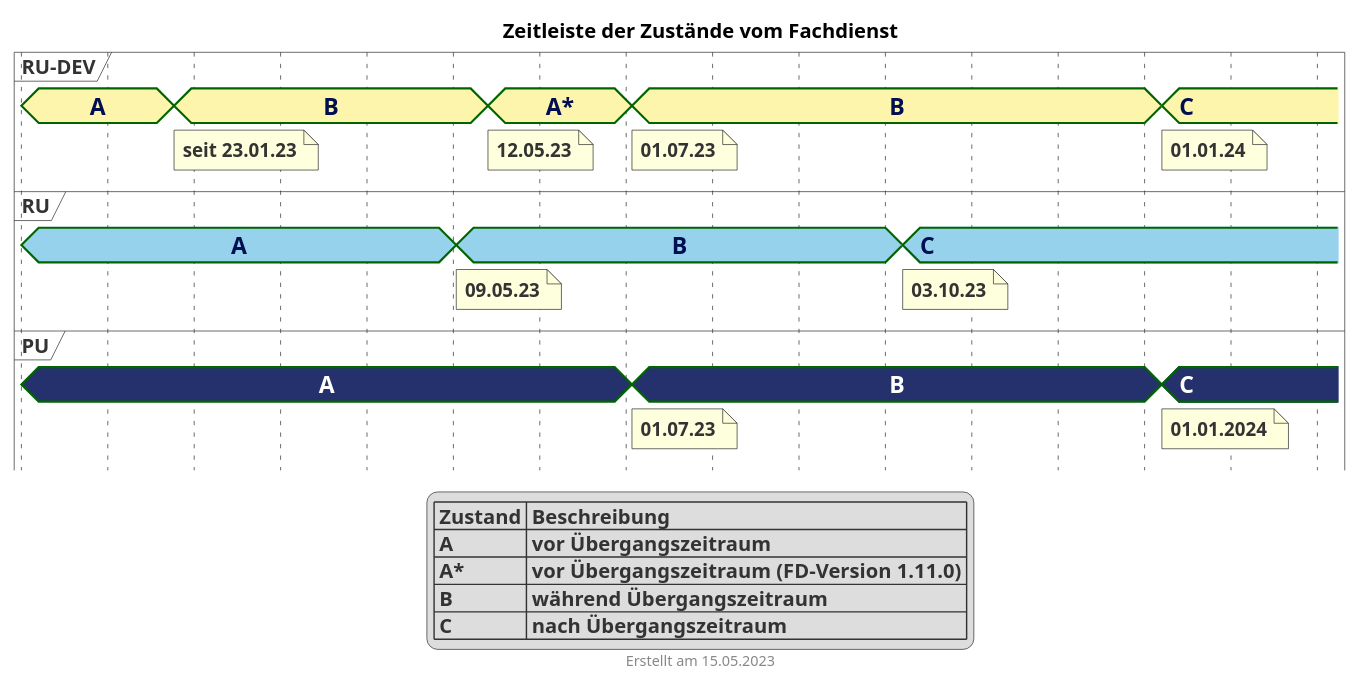
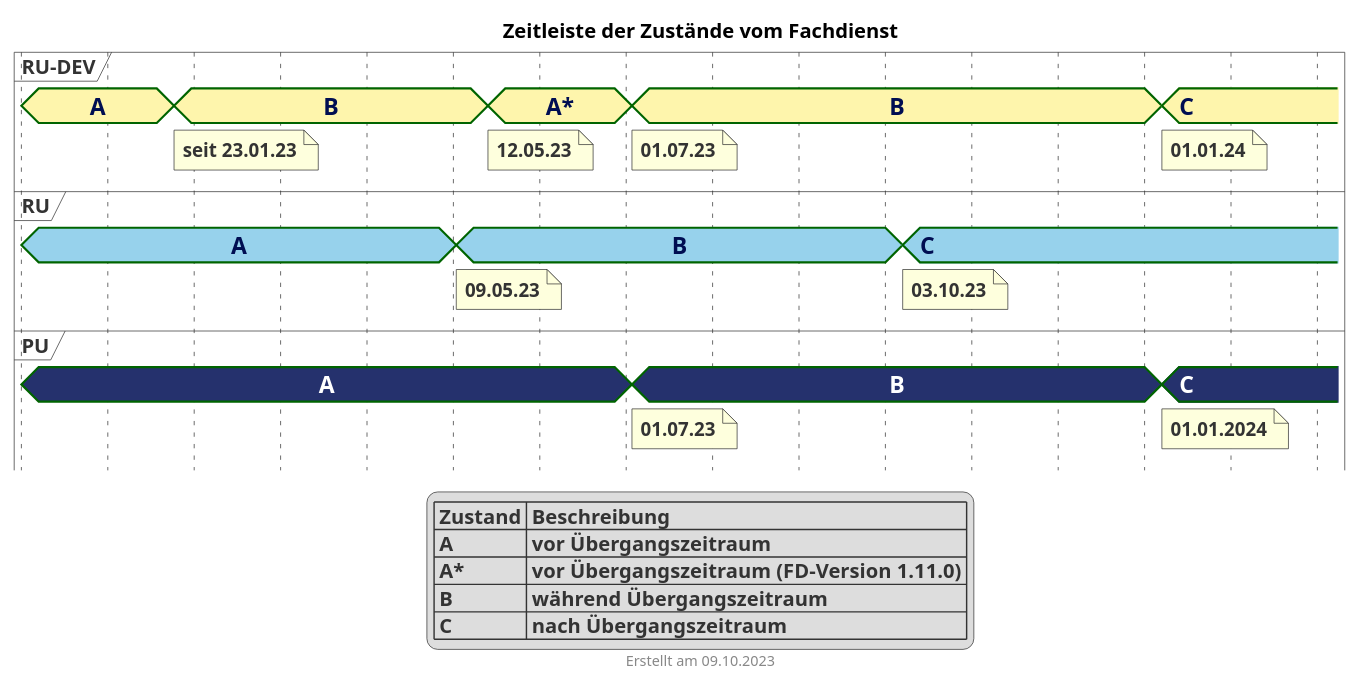
One commit to gematik/api-erp changed the diagram in puml/fd_zustaende_timeline.puml. Above: the diagram before and after it, drawn with PlantUML. The commit also changed 1 other file, not shown here.

```diff
--- a/puml/fd_zustaende_timeline.puml
+++ b/puml/fd_zustaende_timeline.puml
@@ -1,85 +1,85 @@
 @startuml fhir_version_timeline
 <style>
 root {
     Margin 0 0 0 30
 }
 
 timingDiagram {
   .rudevcolor {
     FontColor #000e52
     Fontsize 16
     FontStyle bold
     Backgroundcolor #FEF5AC
   }
   .rucolor {
     FontColor #000e52
     Fontsize 16
     FontStyle bold
     Backgroundcolor #97D2EC
   }
   .pucolor {
     FontColor #ffffff
     Fontsize 16
     FontStyle bold
     BackgroundColor #25316D
   }
 }
 </style>
 title Zeitleiste der Zustände vom Fachdienst
-footer Erstellt am 15.05.2023
+footer Erstellt am 09.10.2023
 
 concise "RU-DEV" as RUDEV <<rudevcolor>>
 concise "RU" as RU <<rucolor>>
 concise "PU" as PU <<pucolor>>
 
 
 '30 days is scaled to 50 pixels
 scale 2592000 as 60 pixels
 hide time-axis
 'manual time-axis
 'use date format "dd.MM.yyyy"
 
 @2022/12/01
 RUDEV is "A"
 RU is "A"
 PU is "A"
 
 @2023/01/23
 RUDEV is "B"
 note bottom of RUDEV : seit 23.01.23
 
 @2023/05/01
 RU is "B"
 note bottom of RU : 09.05.23
 
 @2023/05/12
 RUDEV is "A*"
 note bottom of RUDEV : 12.05.23
 
 @2023/07/01
 PU is "B"
 note bottom of PU : 01.07.23
 RUDEV is "B"
 note bottom of RUDEV : 01.07.23
 
 @2023/10/03
 RU is "C"
 note bottom of RU : 03.10.23
 
 
 @2024/01/01
 PU is "C"
 note bottom of PU : 01.01.2024
 RUDEV is "C"
 note bottom of RUDEV : 01.01.24
 
 @2024/02/01
 
 legend
   | Zustand | Beschreibung |
   | A | vor Übergangszeitraum |
   | A* | vor Übergangszeitraum (FD-Version 1.11.0) |
   | B | während Übergangszeitraum |
   | C | nach Übergangszeitraum |
 endlegend
 @enduml
```
